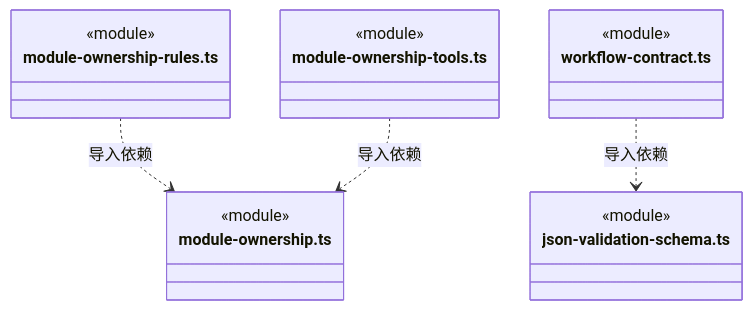
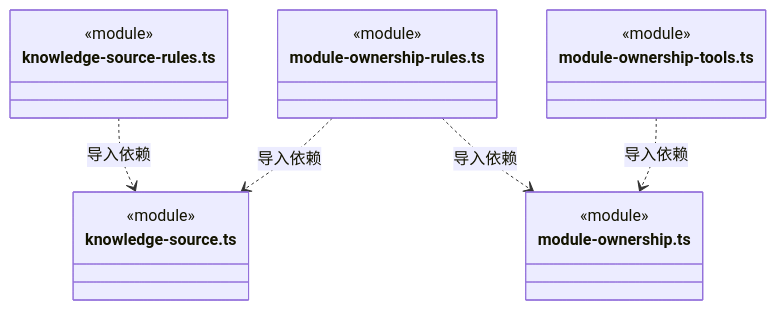
Diagram 27 of 29 in src/backend/core/workspace/ARCHITECTURE.md (nan023062/cbim), drawn with Mermaid before and after one commit. The commit also changed other lines of this file and 97 other files, not shown here.

````diff
--- a/src/backend/core/workspace/ARCHITECTURE.md
+++ b/src/backend/core/workspace/ARCHITECTURE.md
@@ -460,21 +626,22 @@
 ```mermaid
 classDiagram
+class N_src_backend_core_workspace_knowledge_source_rules_ts["knowledge-source-rules.ts"] {
+  <<module>>
+}
+class N_src_backend_core_workspace_knowledge_source_ts["knowledge-source.ts"] {
+  <<module>>
+}
 class N_src_backend_core_workspace_module_ownership_rules_ts["module-ownership-rules.ts"] {
   <<module>>
 }
 class N_src_backend_core_workspace_module_ownership_ts["module-ownership.ts"] {
   <<module>>
 }
 class N_src_backend_core_workspace_module_ownership_tools_ts["module-ownership-tools.ts"] {
   <<module>>
 }
-class N_src_backend_core_workspace_workflow_contract_ts["workflow-contract.ts"] {
-  <<module>>
-}
-class N_src_backend_core_workspace_json_validation_schema_ts["json-validation-schema.ts"] {
-  <<module>>
-}
+N_src_backend_core_workspace_knowledge_source_rules_ts ..> N_src_backend_core_workspace_knowledge_source_ts : 导入依赖
 N_src_backend_core_workspace_module_ownership_rules_ts ..> N_src_backend_core_workspace_module_ownership_ts : 导入依赖
+N_src_backend_core_workspace_module_ownership_rules_ts ..> N_src_backend_core_workspace_knowledge_source_ts : 导入依赖
 N_src_backend_core_workspace_module_ownership_tools_ts ..> N_src_backend_core_workspace_module_ownership_ts : 导入依赖
-N_src_backend_core_workspace_workflow_contract_ts ..> N_src_backend_core_workspace_json_validation_schema_ts : 导入依赖
 ```
````
